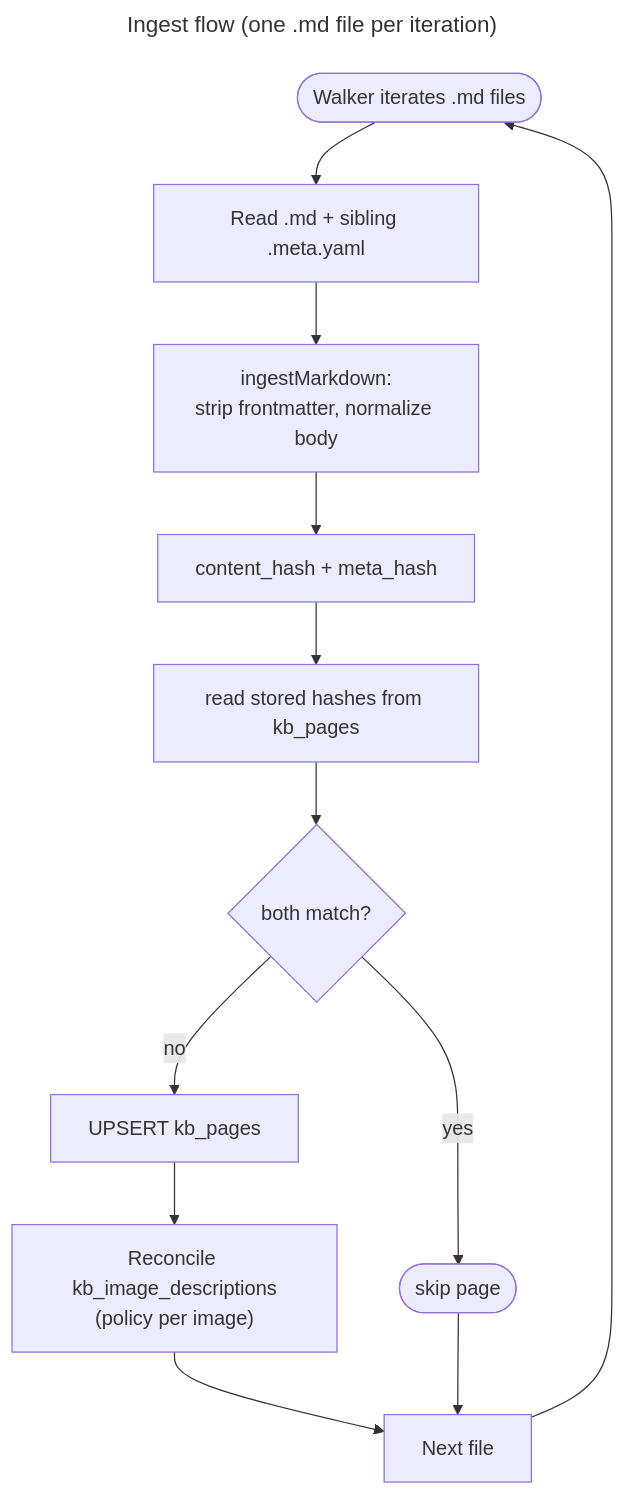
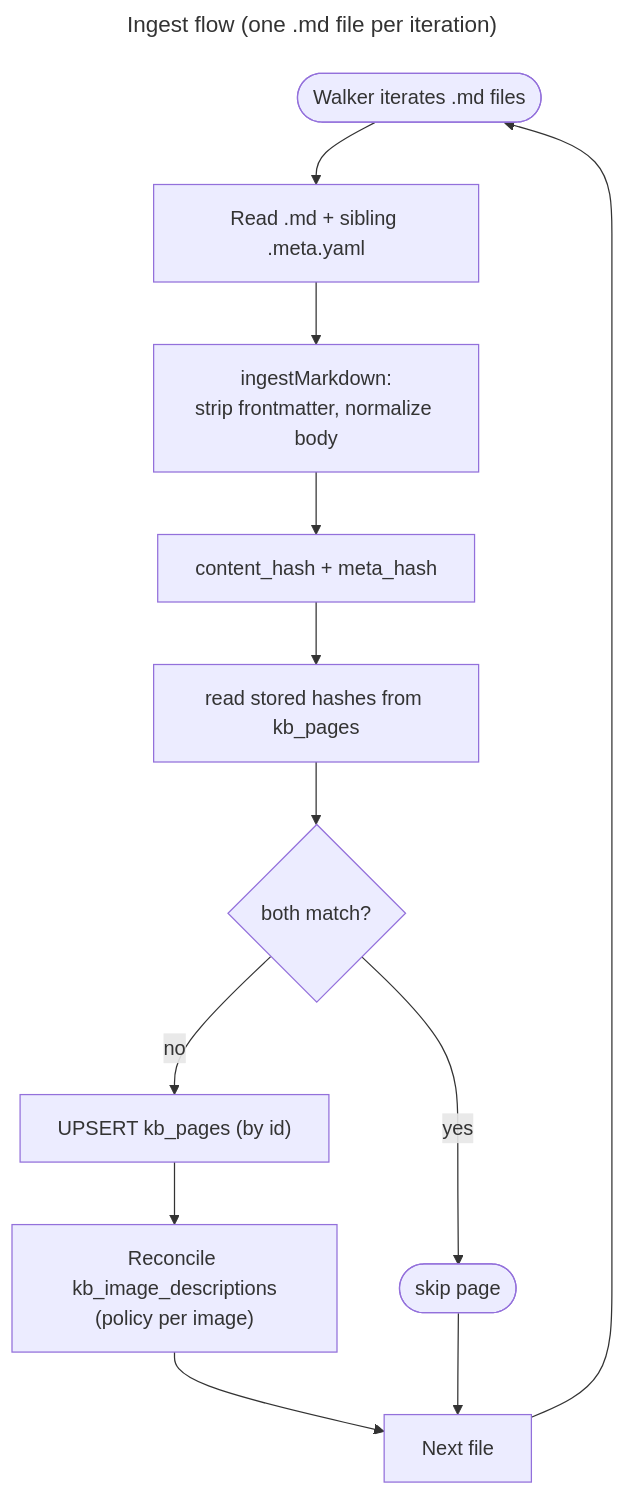
Before and after one commit to kyung-lee-official/neuxus: the diagram in docs/modern-knowledge-base-design/02-ingest.md, drawn with Mermaid. The commit also changed other lines of this file, not shown here.

Commit message:
docs: clarify UPSERT operation and refine hash descriptions in ingest documentation

````diff
--- a/docs/modern-knowledge-base-design/02-ingest.md
+++ b/docs/modern-knowledge-base-design/02-ingest.md
@@ -22,18 +22,18 @@
 ```mermaid
 ---
 title: Ingest flow (one .md file per iteration)
 theme: neo-dark
 ---
 flowchart TD
   Walker([Walker iterates .md files]) --> Read["Read .md + sibling .meta.yaml"]
   Read --> Parse["ingestMarkdown:<br/>strip frontmatter, normalize body"]
   Parse --> Hash["content_hash + meta_hash"]
   Hash --> Lookup["read stored hashes from kb_pages"]
   Lookup --> Match{both match?}
   Match -- yes --> Skip([skip page])
-  Match -- no --> Upsert["UPSERT kb_pages"]
+  Match -- no --> Upsert["UPSERT kb_pages (by id)"]
   Upsert --> Reconcile["Reconcile kb_image_descriptions<br/>(policy per image)"]
   Reconcile --> Next[Next file]
   Skip --> Next
   Next --> Walker
 ```
````
